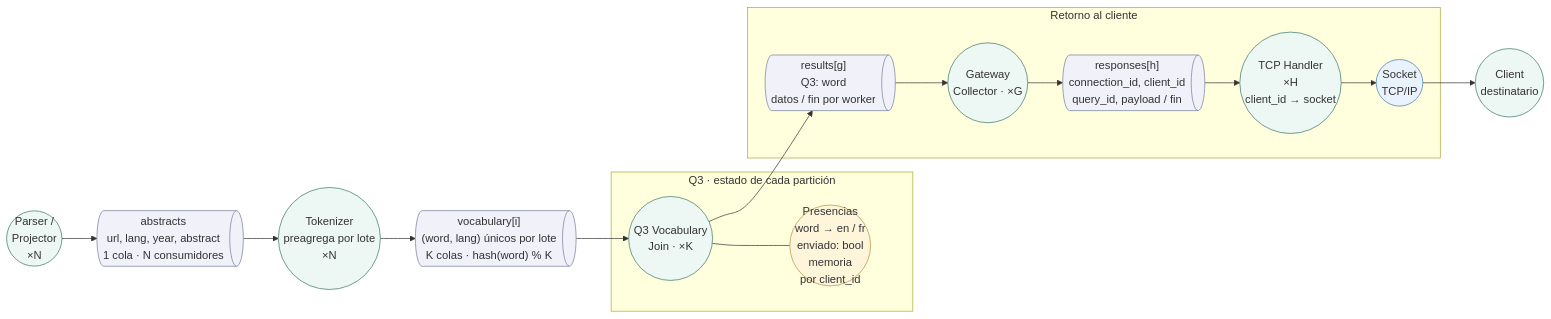
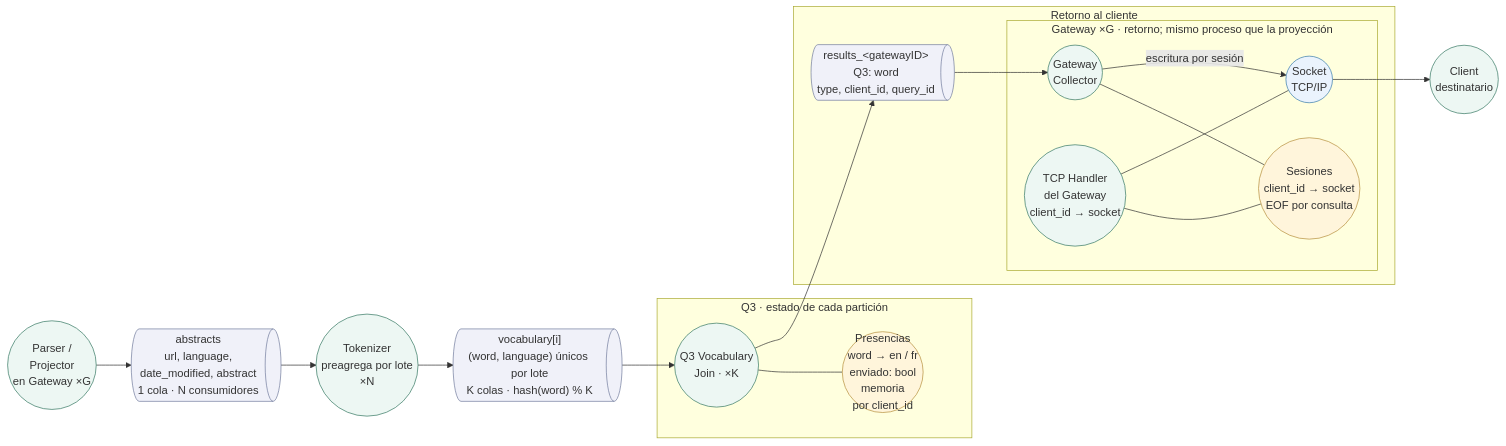
The diagram in Diagramas/Robustez/DIagrama-robustez-q3.mmd (NicoPodesta/trabajo-final-distribuidos), drawn with Mermaid before and after one commit. The commit also changed 13 other files, not shown here.

Commit message:
Docs: Diagramas de robustez

```diff
--- a/Diagramas/Robustez/DIagrama-robustez-q3.mmd
+++ b/Diagramas/Robustez/DIagrama-robustez-q3.mmd
@@ -1,46 +1,51 @@
 %% Q3 · Palabras compartidas en inglés y francés
 %% Fuente semántica; SVG y PNG usan una distribución fija para conservar legibilidad.
-%% Cierres: notificación a todos los participantes después de procesar sus datos.
+%% Réplicas: se conserva el diseño previsto; la coordinación de cierre aún tiene pendientes.
+%% Parser, TCP Handler y Collector pertenecen al mismo proceso Gateway; se muestran en dos vistas.
 flowchart LR
     subgraph JOIN["Q3 · estado de cada partición"]
     Q3(("Q3 Vocabulary<br/>Join · ×K"))
     E3(("Presencias<br/>word → en / fr<br/>enviado: bool<br/>memoria<br/>por client_id"))
     end
     subgraph RETURN["Retorno al cliente"]
-    RQ@{ shape: h-cyl, label: "results[g]<br/>Q3: word<br/>datos / fin por worker" }
-    GW(("Gateway<br/>Collector · ×G"))
-    RESPQ@{ shape: h-cyl, label: "responses[h]<br/>connection_id, client_id<br/>query_id, payload / fin" }
-    RX(("TCP Handler<br/>×H<br/>client_id → socket"))
+    RQ@{ shape: h-cyl, label: "results_&lt;gatewayID&gt;<br/>Q3: word<br/>type, client_id, query_id" }
+    subgraph GATEWAY["Gateway ×G · retorno; mismo proceso que la proyección"]
+    GW(("Gateway<br/>Collector"))
+    SESSION(("Sesiones<br/>client_id → socket<br/>EOF por consulta"))
+    RX(("TCP Handler<br/>del Gateway<br/>client_id → socket"))
     API(("Socket<br/>TCP/IP"))
     end
-    P(("Parser /<br/>Projector<br/>×N"))
-    TQ@{ shape: h-cyl, label: "abstracts<br/>url, lang, year, abstract<br/>1 cola · N consumidores" }
+    end
+    P(("Parser /<br/>Projector<br/>en Gateway ×G"))
+    TQ@{ shape: h-cyl, label: "abstracts<br/>url, language,<br/>date_modified, abstract<br/>1 cola · N consumidores" }
     T(("Tokenizer<br/>preagrega por lote<br/>×N"))
-    VQ@{ shape: h-cyl, label: "vocabulary[i]<br/>(word, lang) únicos por lote<br/>K colas · hash(word) % K" }
+    VQ@{ shape: h-cyl, label: "vocabulary[i]<br/>(word, language) únicos por lote<br/>K colas · hash(word) % K" }
     C(("Client<br/>destinatario"))
     P --> TQ
     TQ --> T
     T --> VQ
     VQ --> Q3
     Q3 --- E3
     RQ --> GW
-    GW --> RESPQ
-    RESPQ --> RX
-    RX --> API
+    GW --- SESSION
+    RX --- SESSION
+    RX --- API
+    GW -->|escritura por sesión| API
     API --> C
     Q3 --> RQ
     classDef control fill:#edf7f3,stroke:#377964;
     class P,T,Q3,GW,RX,C control;
     classDef boundary fill:#eaf3fd,stroke:#397bac;
     class API boundary;
     classDef entity fill:#fff5db,stroke:#b6903e;
+    class SESSION entity;
     class E3 entity;
     classDef queue fill:#f0f1f9,stroke:#737d9e;
-    class TQ,VQ,RQ,RESPQ queue;
+    class TQ,VQ,RQ queue;
     classDef exchange fill:#f0f1f9,stroke:#737d9e;
     classDef file fill:#fff7e9,stroke:#ad8242;
     classDef actor fill:white,stroke:#526579;
-%% Preagregación y reparto: Tokenizer deduplica (word, lang) por lote de un mismo cliente. hash(word) % K reúne ambos idiomas en la misma partición; lang no forma parte de la clave de reparto.
-%% Estado por cliente y word: word → {en, fr, enviado}: tres booleanos en memoria, inicialmente false. enviado registra la publicación en results[g].
+%% Preagregación y reparto: Tokenizer deduplica (word, language) por lote de un mismo cliente. hash(word) % K reúne ambos idiomas en la misma partición; language no forma parte de la clave de reparto.
+%% Estado por cliente y word: word → {en, fr, enviado}: tres booleanos en memoria, inicialmente false. enviado registra la publicación en results_&lt;gatewayID&gt;.
 %% Envío y fin: Si en y fr son true y enviado es false, publica la word y luego marca enviado = true. Las siguientes apariciones no vuelven a emitirla. El cierre espera completar la entrada y las publicaciones.
-%% Tokenizer: normaliza y quita stopwords; deduplica (word, lang) por lote de un mismo cliente antes del reparto por word.
+%% Tokenizer: normaliza y quita stopwords; deduplica (word, language) por lote de un mismo cliente antes del reparto por word.
```
